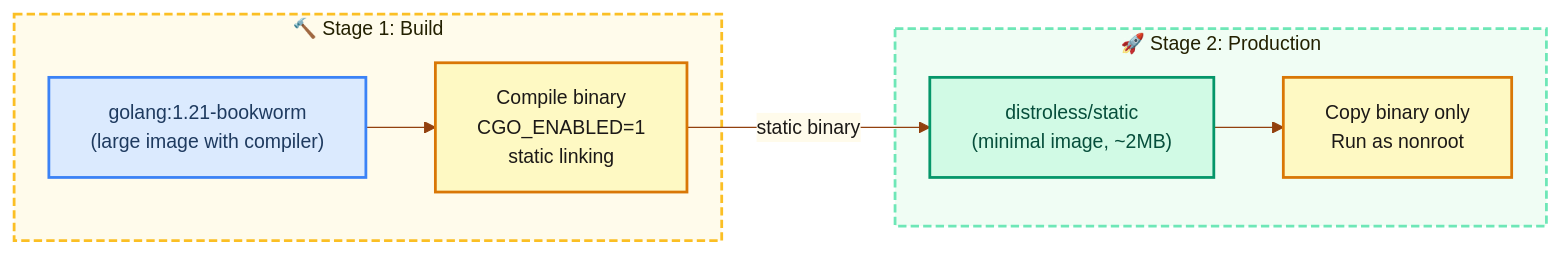
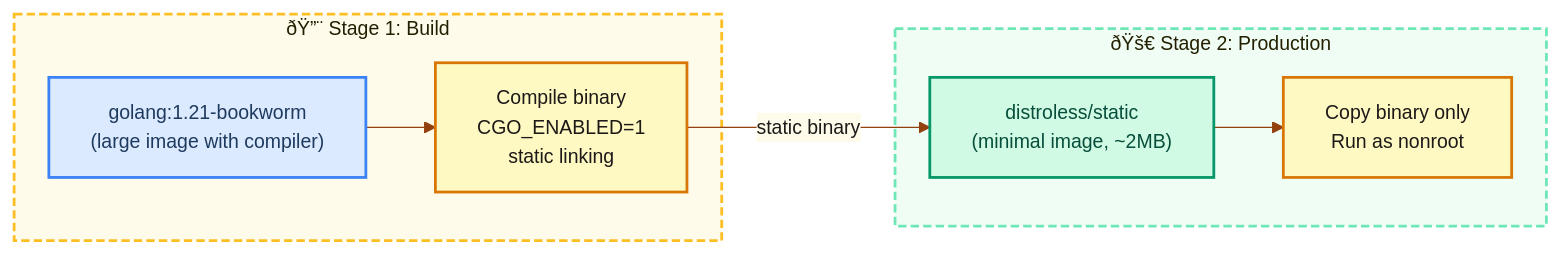
Diagram 15 of 21 in docs/architecture.md (scovl/ollanta), drawn with Mermaid before and after one commit. The commit also changed other lines of this file and 3 other files, not shown here.

Commit message:
docs: update architecture and observability notes

````diff
--- a/docs/architecture.md
+++ b/docs/architecture.md
@@ -1104,37 +1104,37 @@
 ```mermaid
 %%{init: {
   "theme": "base",
   "themeVariables": {
     "primaryColor": "#fef9c3",
     "primaryTextColor": "#1c1917",
     "primaryBorderColor": "#d97706",
     "lineColor": "#92400e",
     "edgeLabelBackground": "#fffbeb",
     "fontFamily": "ui-monospace, monospace",
     "fontSize": "14px",
     "clusterBkg": "#fffbeb",
     "clusterBorder": "#fbbf24"
   }
 }}%%
 flowchart LR
-    subgraph BUILD ["  🔨  Stage 1: Build  "]
+    subgraph BUILD ["  ðŸ”¨  Stage 1: Build  "]
         A["golang:1.21-bookworm\n(large image with compiler)"]:::src
         B["Compile binary\nCGO_ENABLED=1\nstatic linking"]:::step
         A --> B
     end
 
-    subgraph PROD ["  🚀  Stage 2: Production  "]
+    subgraph PROD ["  ðŸš€  Stage 2: Production  "]
         C["distroless/static\n(minimal image, ~2MB)"]:::out
         D["Copy binary only\nRun as nonroot"]:::step
         C --> D
     end
 
     B -->|"static binary"| C
 
     classDef src  fill:#dbeafe,stroke:#3b82f6,stroke-width:2px,color:#1e3a5f
     classDef step fill:#fef9c3,stroke:#d97706,stroke-width:2px,color:#1c1917
     classDef out  fill:#d1fae5,stroke:#059669,stroke-width:2px,color:#064e3b
 
     style BUILD fill:#fffbeb,stroke:#fbbf24,stroke-width:2px,stroke-dasharray:6 3
     style PROD  fill:#f0fdf4,stroke:#6ee7b7,stroke-width:2px,stroke-dasharray:6 3
 ```
````
